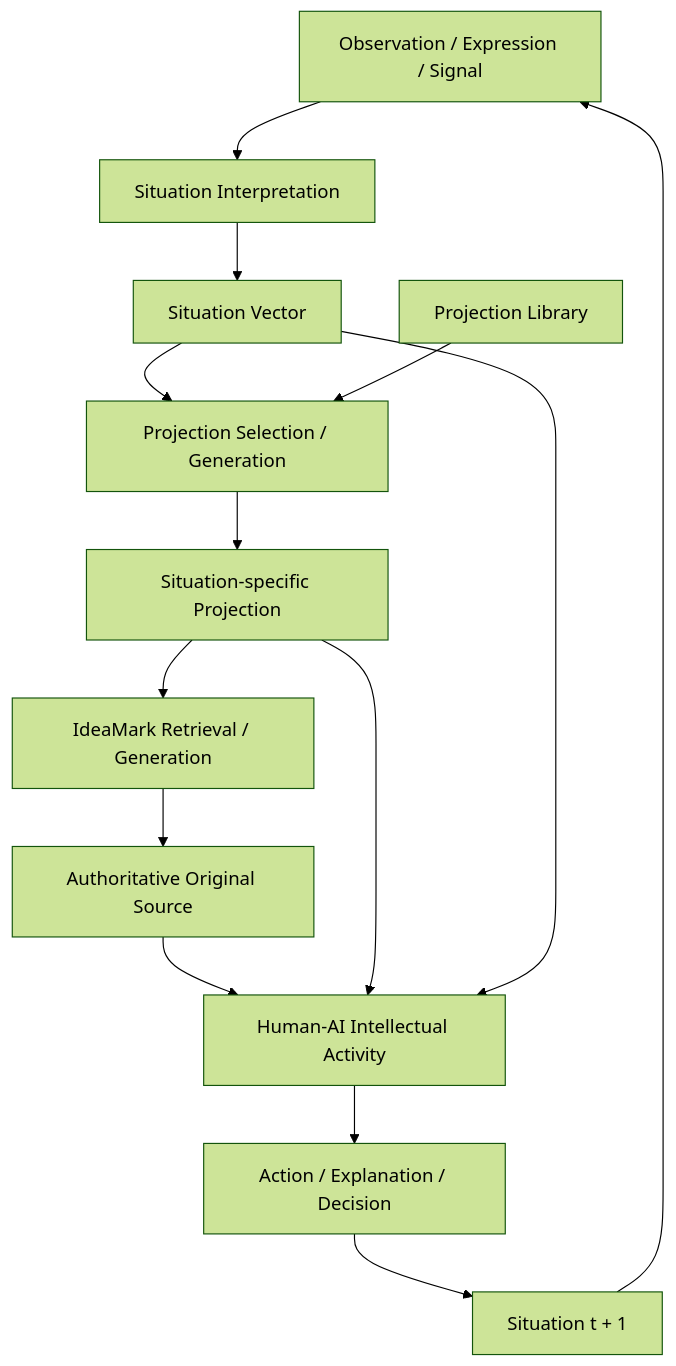
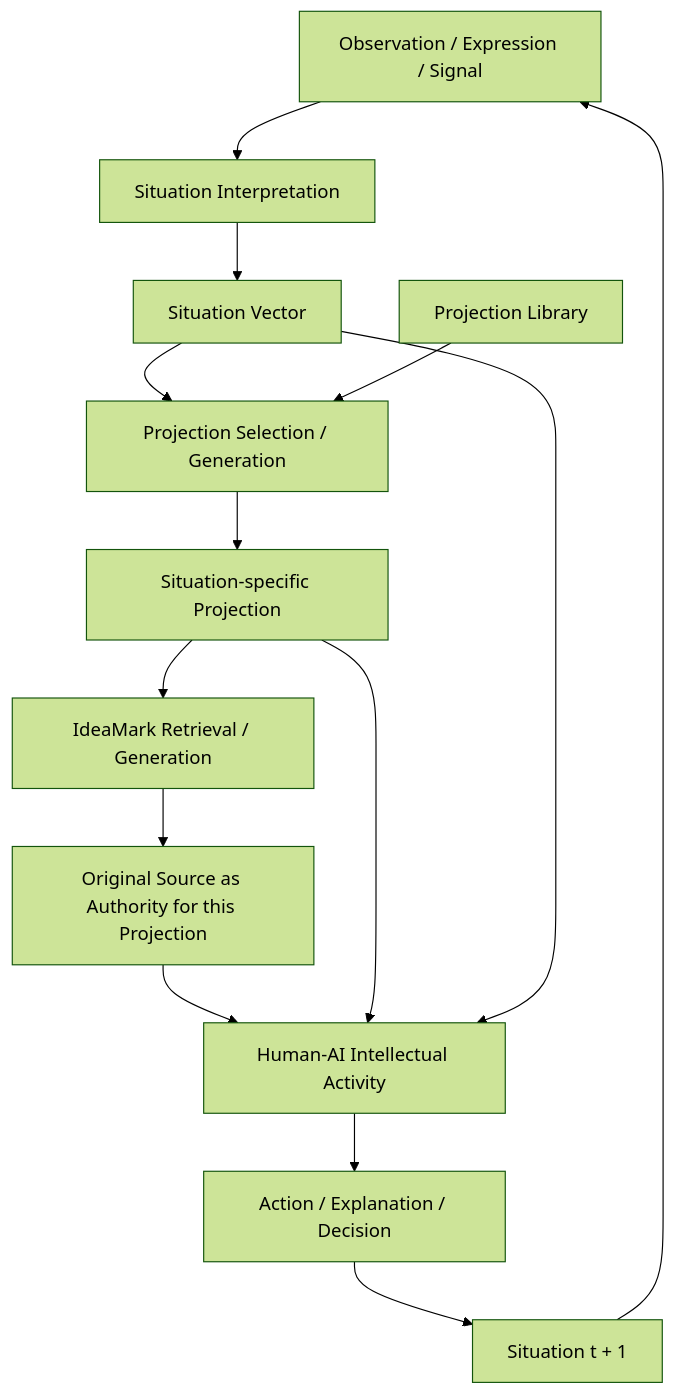
The diagram in docs/specs/V1.2.0/part2-architecture/00-architectural-overview.md (ak2i/ideamark-core), drawn with Mermaid (forest theme) before and after one commit. The commit also changed other lines of this file, not shown here.

````diff
--- a/docs/specs/V1.2.0/part2-architecture/00-architectural-overview.md
+++ b/docs/specs/V1.2.0/part2-architecture/00-architectural-overview.md
@@ -53,26 +55,26 @@
 ```mermaid
 flowchart TD
     OBS[Observation / Expression / Signal]
     SI[Situation Interpretation]
     SV[Situation Vector]
     PL[Projection Library]
     PG[Projection Selection / Generation]
     SP[Situation-specific Projection]
     IM[IdeaMark Retrieval / Generation]
-    OS[Authoritative Original Source]
+    OS[Original Source as Authority for this Projection]
     IA[Human-AI Intellectual Activity]
     OUT[Action / Explanation / Decision]
     NEXT[Situation t + 1]
 
     OBS --> SI --> SV
     SV --> PG
     PL --> PG
     PG --> SP
     SP --> IM
     IM --> OS
     OS --> IA
     SP --> IA
     SV --> IA
     IA --> OUT --> NEXT
     NEXT --> OBS
 ```
````
